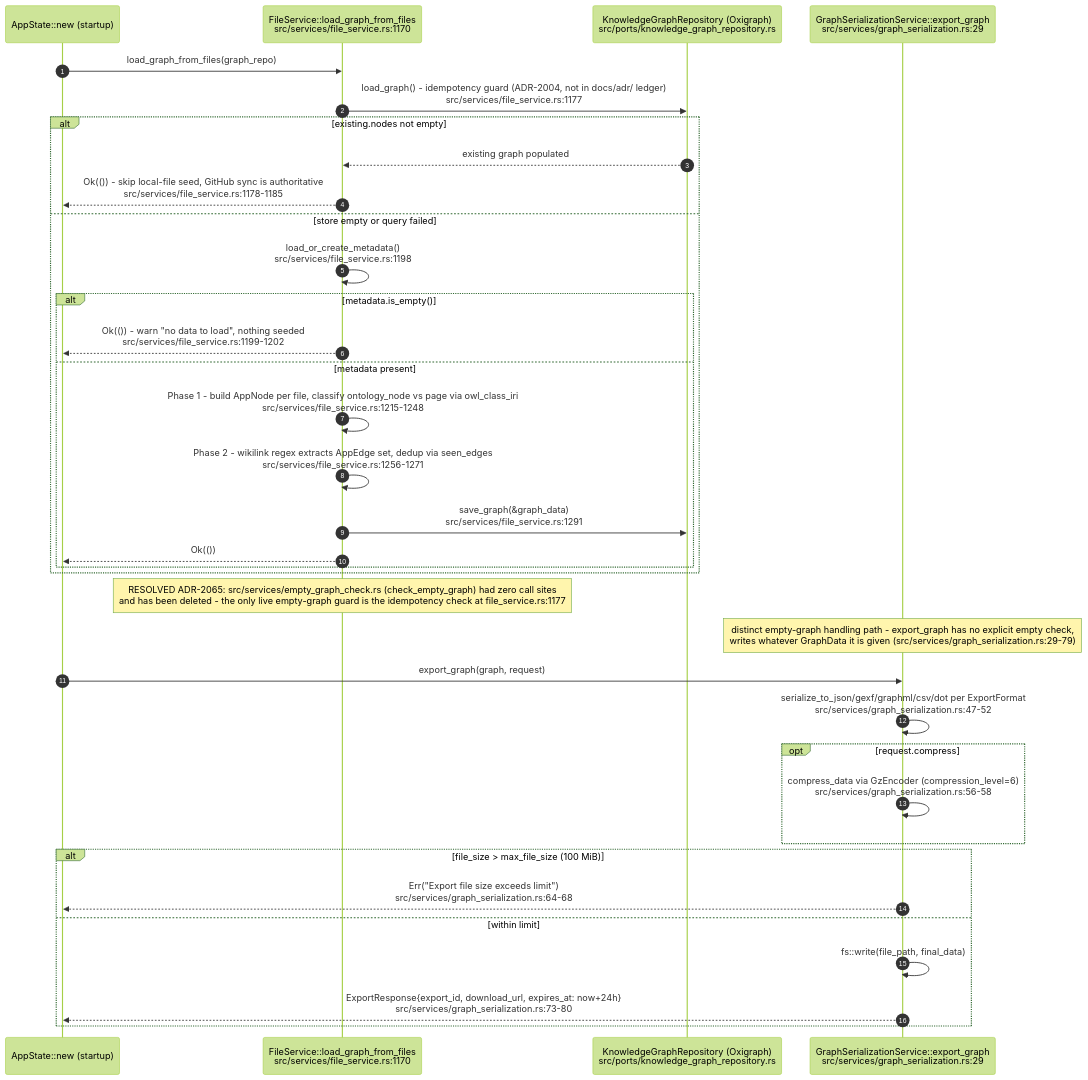
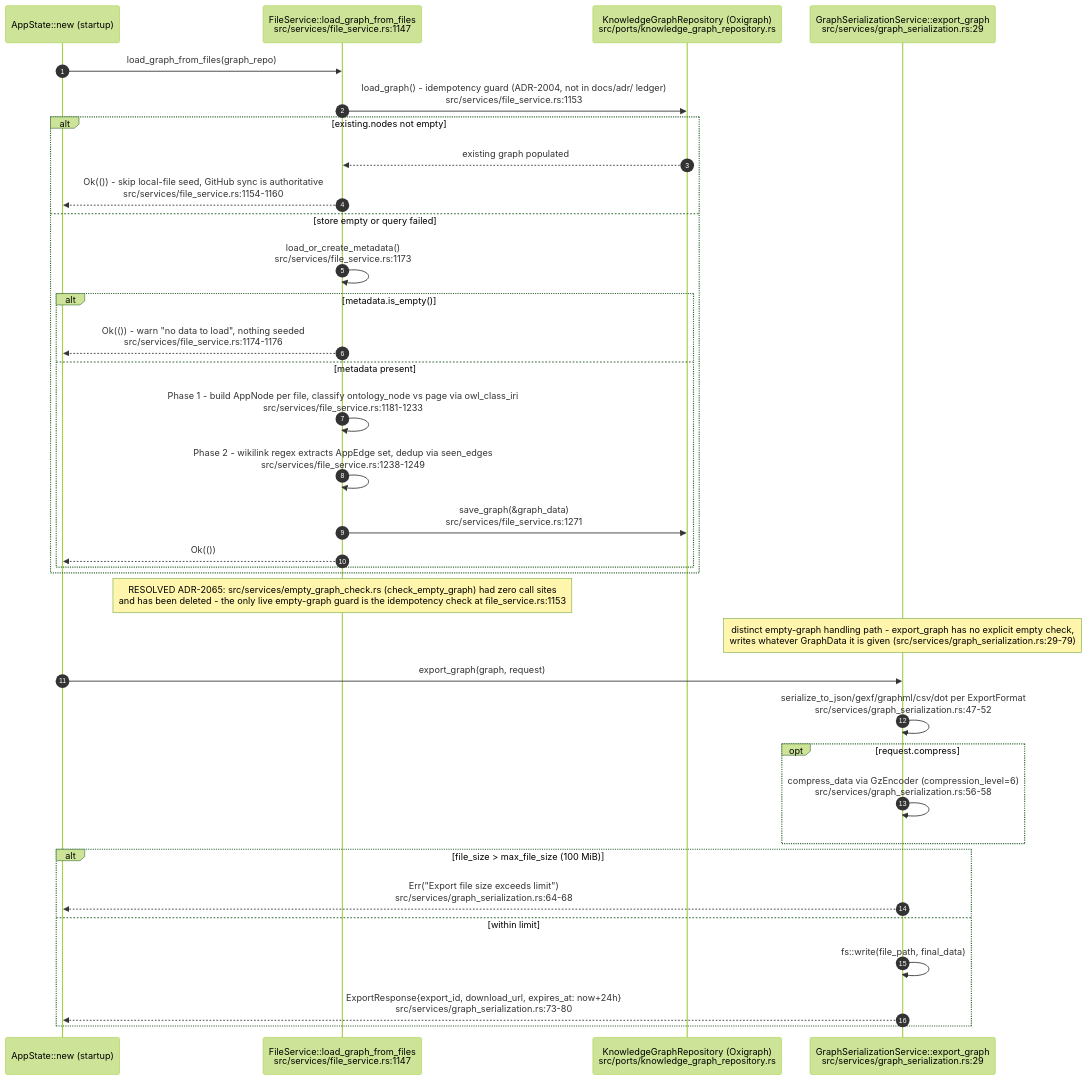
One commit to DreamLab-AI/VisionFlow changed diagram 11 of 11 in docs/diagrams/visionclaw/25-insight-kpi-nlq-semantics.md. Above: the diagram before and after it, drawn with Mermaid (forest theme). The commit also changed other lines of this file and 136 other files, not shown here.

First line of the commit message:
docs(diagrams): refresh the whole corpus to code HEAD and prune low-value diagrams

````diff
--- a/docs/diagrams/visionclaw/25-insight-kpi-nlq-semantics.md
+++ b/docs/diagrams/visionclaw/25-insight-kpi-nlq-semantics.md
@@ -500,40 +428,40 @@
 ```mermaid
 sequenceDiagram
     autonumber
     participant Boot as AppState::new (startup)
-    participant FS as FileService::load_graph_from_files<br/>src/services/file_service.rs:1170
+    participant FS as FileService::load_graph_from_files<br/>src/services/file_service.rs:1147
     participant Repo as KnowledgeGraphRepository (Oxigraph)<br/>src/ports/knowledge_graph_repository.rs
     participant GSS as GraphSerializationService::export_graph<br/>src/services/graph_serialization.rs:29
 
     Boot->>FS: load_graph_from_files(graph_repo)
-    FS->>Repo: load_graph() - idempotency guard (ADR-2004, not in docs/adr/ ledger)<br/>src/services/file_service.rs:1177
+    FS->>Repo: load_graph() - idempotency guard (ADR-2004, not in docs/adr/ ledger)<br/>src/services/file_service.rs:1153
     alt existing.nodes not empty
         Repo-->>FS: existing graph populated
-        FS-->>Boot: Ok(()) - skip local-file seed, GitHub sync is authoritative<br/>src/services/file_service.rs:1178-1185
+        FS-->>Boot: Ok(()) - skip local-file seed, GitHub sync is authoritative<br/>src/services/file_service.rs:1154-1160
     else store empty or query failed
-        FS->>FS: load_or_create_metadata()<br/>src/services/file_service.rs:1198
+        FS->>FS: load_or_create_metadata()<br/>src/services/file_service.rs:1173
         alt metadata.is_empty()
-            FS-->>Boot: Ok(()) - warn "no data to load", nothing seeded<br/>src/services/file_service.rs:1199-1202
+            FS-->>Boot: Ok(()) - warn "no data to load", nothing seeded<br/>src/services/file_service.rs:1174-1176
         else metadata present
-            FS->>FS: Phase 1 - build AppNode per file, classify ontology_node vs page via owl_class_iri<br/>src/services/file_service.rs:1215-1248
-            FS->>FS: Phase 2 - wikilink regex extracts AppEdge set, dedup via seen_edges<br/>src/services/file_service.rs:1256-1271
-            FS->>Repo: save_graph(&graph_data)<br/>src/services/file_service.rs:1291
+            FS->>FS: Phase 1 - build AppNode per file, classify ontology_node vs page via owl_class_iri<br/>src/services/file_service.rs:1181-1233
+            FS->>FS: Phase 2 - wikilink regex extracts AppEdge set, dedup via seen_edges<br/>src/services/file_service.rs:1238-1249
+            FS->>Repo: save_graph(&graph_data)<br/>src/services/file_service.rs:1271
             FS-->>Boot: Ok(())
         end
     end
 
-    Note over FS: RESOLVED ADR-2065: src/services/empty_graph_check.rs (check_empty_graph) had zero call sites<br/>and has been deleted - the only live empty-graph guard is the idempotency check at file_service.rs:1177
+    Note over FS: RESOLVED ADR-2065: src/services/empty_graph_check.rs (check_empty_graph) had zero call sites<br/>and has been deleted - the only live empty-graph guard is the idempotency check at file_service.rs:1153
 
     Note over GSS: distinct empty-graph handling path - export_graph has no explicit empty check,<br/>writes whatever GraphData it is given (src/services/graph_serialization.rs:29-79)
     Boot->>GSS: export_graph(graph, request)
     GSS->>GSS: serialize_to_json/gexf/graphml/csv/dot per ExportFormat<br/>src/services/graph_serialization.rs:47-52
     opt request.compress
         GSS->>GSS: compress_data via GzEncoder (compression_level=6)<br/>src/services/graph_serialization.rs:56-58
     end
     alt file_size > max_file_size (100 MiB)
         GSS-->>Boot: Err("Export file size exceeds limit")<br/>src/services/graph_serialization.rs:64-68
     else within limit
         GSS->>GSS: fs::write(file_path, final_data)
         GSS-->>Boot: ExportResponse{export_id, download_url, expires_at: now+24h}<br/>src/services/graph_serialization.rs:73-80
     end
 ```
````
